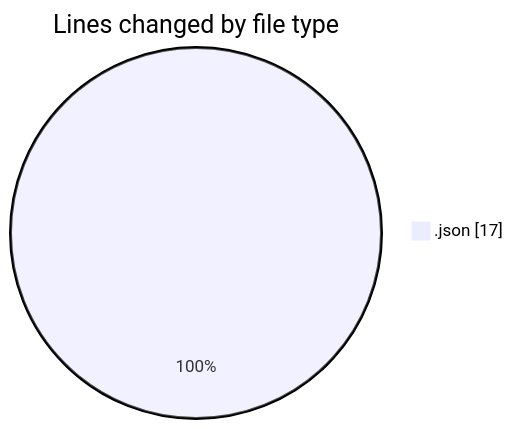
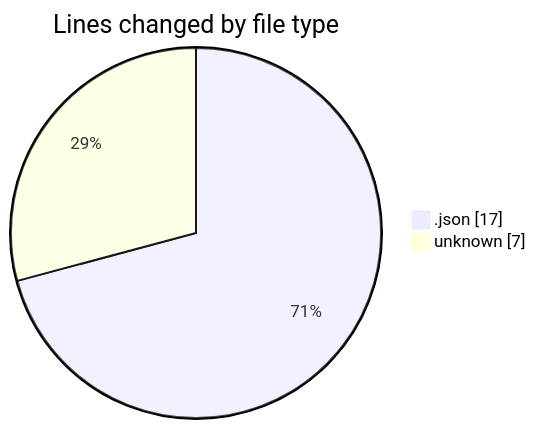
Before and after one commit to Elitesun/code-tracking: the first of 2 diagrams in 2025-05-02/niten/README.md, drawn with Mermaid. The commit also changed other lines of this file and 1 other file, not shown here.

````diff
--- a/2025-05-02/niten/README.md
+++ b/2025-05-02/niten/README.md
@@ -20,5 +21,6 @@
 ```mermaid
 pie showData
 title Lines changed by file type
 ".json" : 17
+"unknown" : 7
 ```
````
